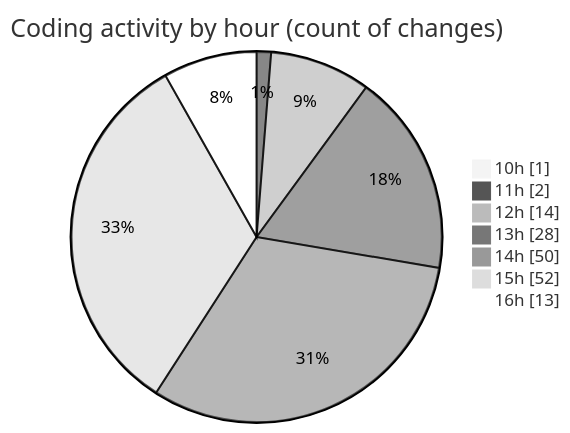
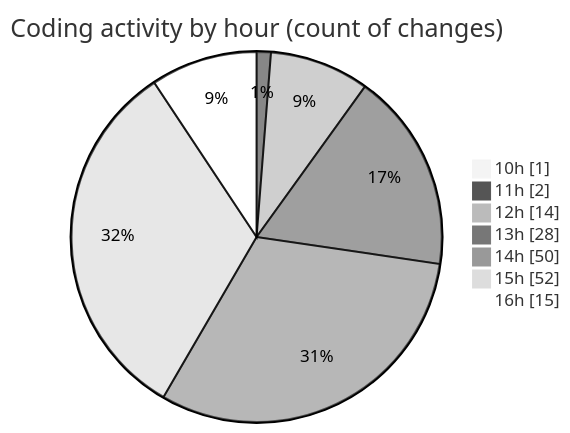
The second of 2 diagrams in 2026-11-02/cda/README.md (momahboobian/code-tracking), drawn with Mermaid (neutral theme) before and after one commit. The commit also changed other lines of this file and 1 other file, not shown here.

````diff
--- a/2026-11-02/cda/README.md
+++ b/2026-11-02/cda/README.md
@@ -75,11 +75,11 @@
 ```mermaid
 pie showData
 title Coding activity by hour (count of changes)
 "10h" : 1
 "11h" : 2
 "12h" : 14
 "13h" : 28
 "14h" : 50
 "15h" : 52
-"16h" : 13
+"16h" : 15
 ```
````
